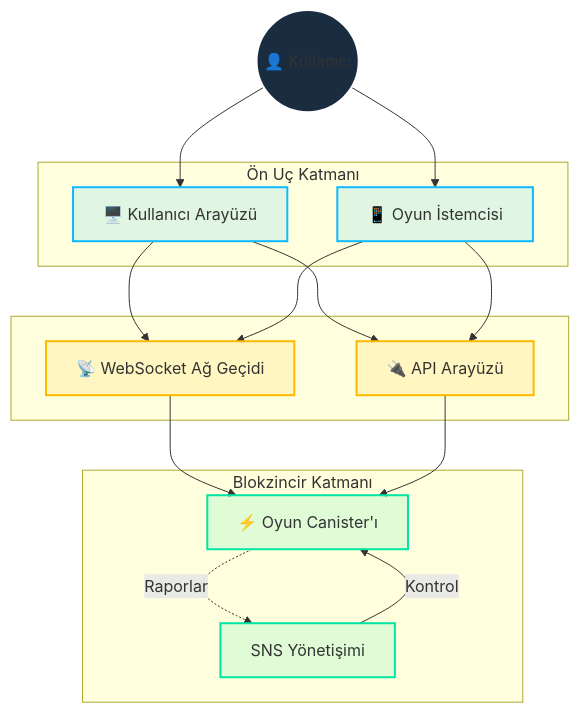
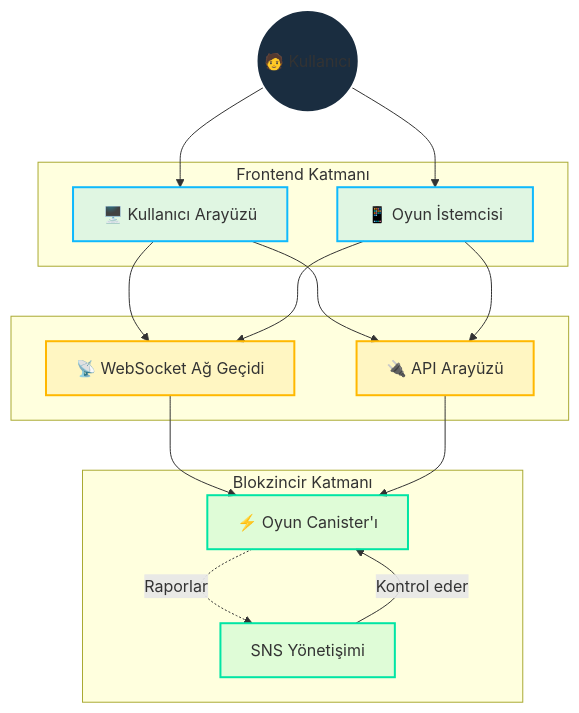
Before and after one commit to cosmicrafts/cosmicrafts-dao: the diagram in src/frontend/src/assets/markdown/tr/architecture.md, drawn with Mermaid. The commit also changed other lines of this file and 45 other files, not shown here.

````diff
--- a/src/frontend/src/assets/markdown/tr/architecture.md
+++ b/src/frontend/src/assets/markdown/tr/architecture.md
@@ -192,47 +42,47 @@
 ```mermaid
 graph TD
     %% Core User Layer
-    User(("👤 Kullanıcı"))
+    User(("🧑 Kullanıcı"))
     
     %% Frontend Layer
-    subgraph "Ön Uç Katmanı"
+    subgraph "Frontend Katmanı"
         UI["🖥️ Kullanıcı Arayüzü"]
         Client["📱 Oyun İstemcisi"]
     end
     
     %% Communication Layer
     subgraph " "
         WS["📡 WebSocket Ağ Geçidi"]
         API["🔌 API Arayüzü"]
     end
     
     %% Blockchain Layer
     subgraph "Blokzincir Katmanı"
         Canister["⚡ Oyun Canister'ı"]
         DAO["SNS Yönetişimi"]
     end
     
     %% Connections
     User --> UI
     User --> Client
     UI --> WS
     UI --> API
     Client --> WS
     Client --> API
     WS --> Canister
     API --> Canister
     Canister -.->|"Raporlar"| DAO
-    DAO -->|"Kontrol"| Canister
+    DAO -->|"Kontrol eder"| Canister
     
     %% Styles
     classDef user fill:#1a2d40,stroke:#fff,stroke-width:2px
     classDef frontend fill:#0FB9FD20,stroke:#0FB9FD,stroke-width:2px
     classDef comms fill:#FFB80020,stroke:#FFB800,stroke-width:2px
     classDef blockchain fill:#00E5A420,stroke:#00E5A4,stroke-width:2px
     
     %% Apply styles
     class User user
     class UI,Client frontend
     class WS,API comms
     class Canister,DAO blockchain
 ```
````
